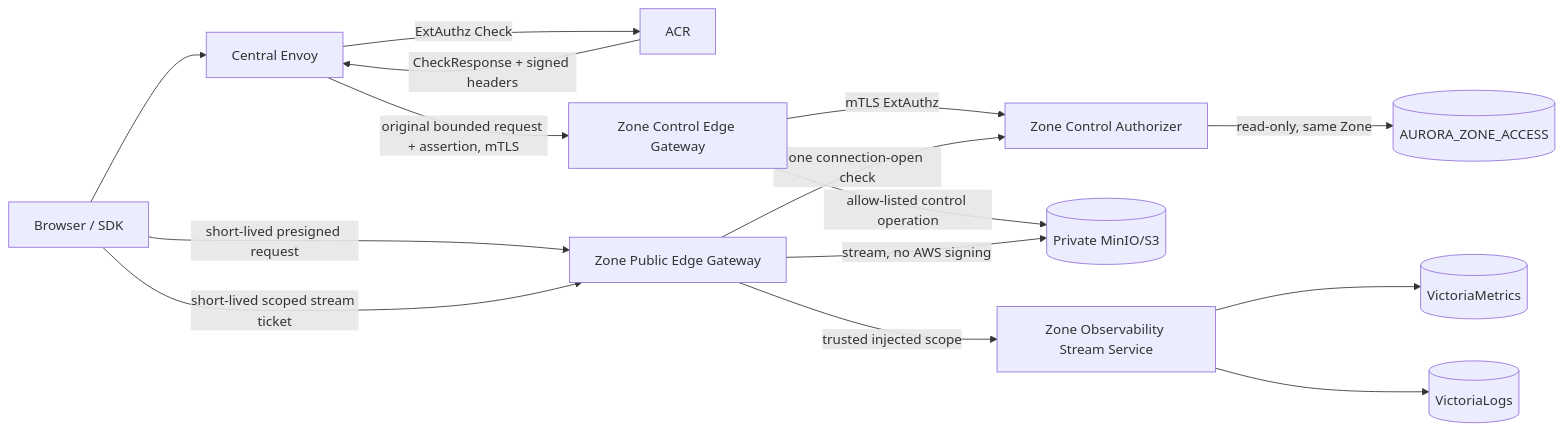
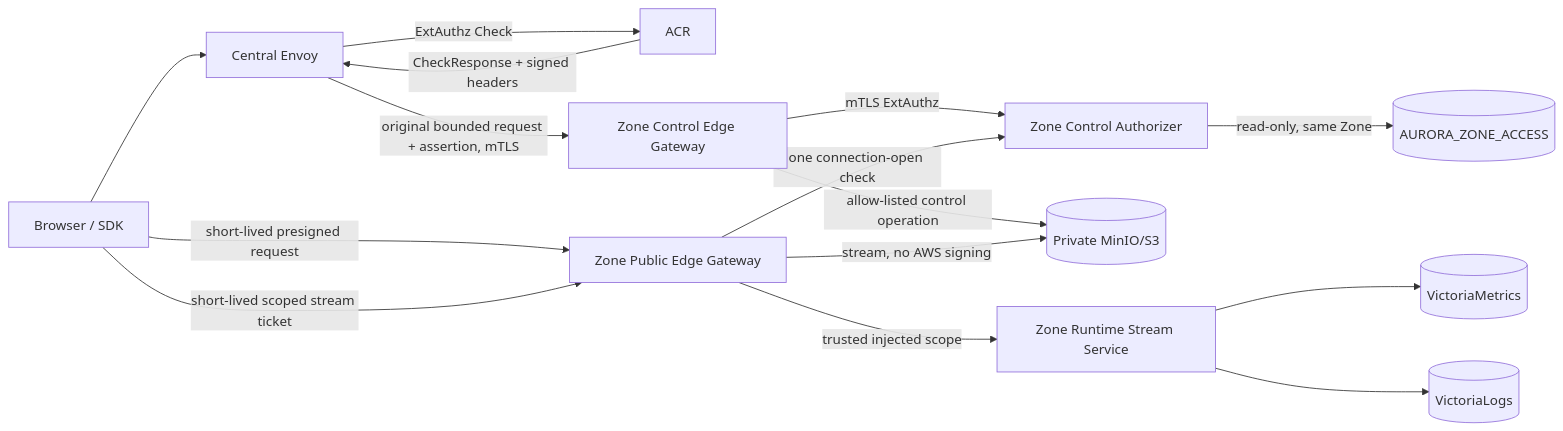
The diagram in god_view/platform/zone_edge_gateway_god_view.md (phucle996/aurora), drawn with Mermaid before and after one commit. The commit also changed other lines of this file and 66 other files, not shown here.

````diff
--- a/god_view/platform/zone_edge_gateway_god_view.md
+++ b/god_view/platform/zone_edge_gateway_god_view.md
@@ -25,19 +25,19 @@
 ```mermaid
 flowchart LR
     B[Browser / SDK] --> CE[Central Envoy]
     CE -->|ExtAuthz Check| ACR[ACR]
     ACR -->|CheckResponse + signed headers| CE
     CE -->|original bounded request + assertion, mTLS| ZC[Zone Control Edge Gateway]
     ZC -->|mTLS ExtAuthz| ZA[Zone Control Authorizer]
     ZA -->|read-only, same Zone| KV[(AURORA_ZONE_ACCESS)]
     ZC -->|allow-listed control operation| S3[(Private MinIO/S3)]
 
     B -->|short-lived presigned request| ZP[Zone Public Edge Gateway]
     ZP -->|stream, no AWS signing| S3
 
     B -->|short-lived scoped stream ticket| ZP
     ZP -->|one connection-open check| ZA
-    ZP -->|trusted injected scope| ZOS[Zone Observability Stream Service]
-    ZOS --> VM[(VictoriaMetrics)]
-    ZOS --> VL[(VictoriaLogs)]
+    ZP -->|trusted injected scope| ZRS[Zone Runtime Stream Service]
+    ZRS --> VM[(VictoriaMetrics)]
+    ZRS --> VL[(VictoriaLogs)]
 ```
````
